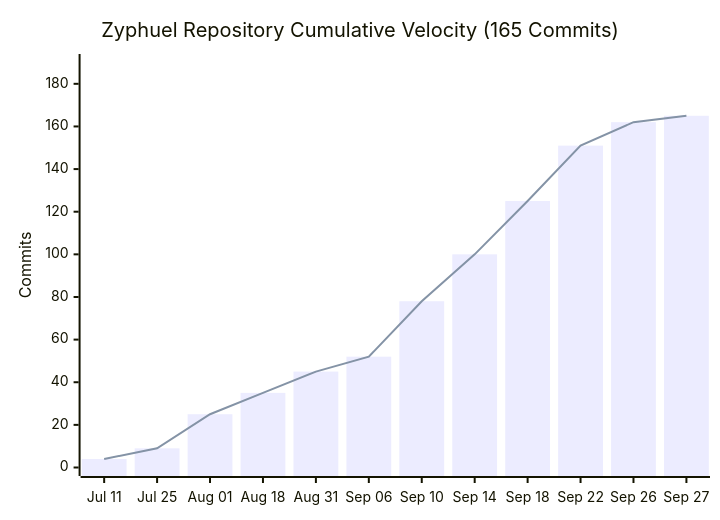
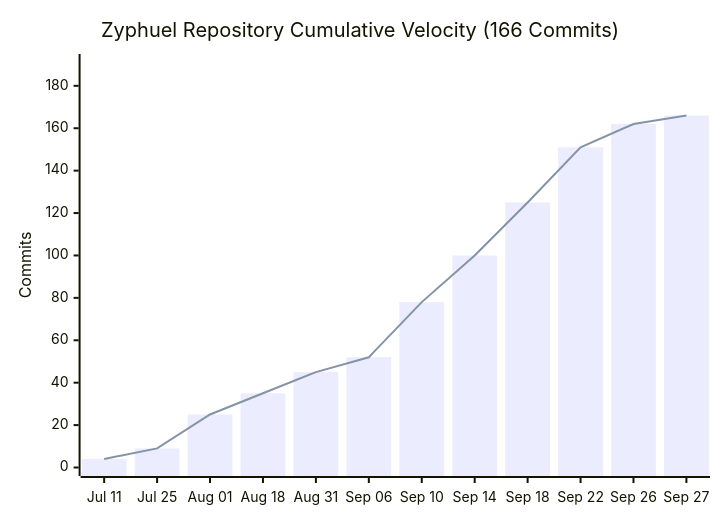
One commit to daniyal44/Zyphuel changed the diagram in README.md. Above: the diagram before and after it, drawn with Mermaid. The commit also changed other lines of this file and 28 other files, not shown here.

````diff
--- a/README.md
+++ b/README.md
@@ -155,8 +155,8 @@
 ```mermaid
 xychart-beta
-    title "Zyphuel Repository Cumulative Velocity (165 Commits)"
+    title "Zyphuel Repository Cumulative Velocity (166 Commits)"
     x-axis ["Jul 11", "Jul 25", "Aug 01", "Aug 18", "Aug 31", "Sep 06", "Sep 10", "Sep 14", "Sep 18", "Sep 22", "Sep 26", "Sep 27"]
-    y-axis "Commits" 0 --> 190
-    bar [4, 9, 25, 35, 45, 52, 78, 100, 125, 151, 162, 165]
-    line [4, 9, 25, 35, 45, 52, 78, 100, 125, 151, 162, 165]
+    y-axis "Commits" 0 --> 191
+    bar [4, 9, 25, 35, 45, 52, 78, 100, 125, 151, 162, 166]
+    line [4, 9, 25, 35, 45, 52, 78, 100, 125, 151, 162, 166]
 ```
````
